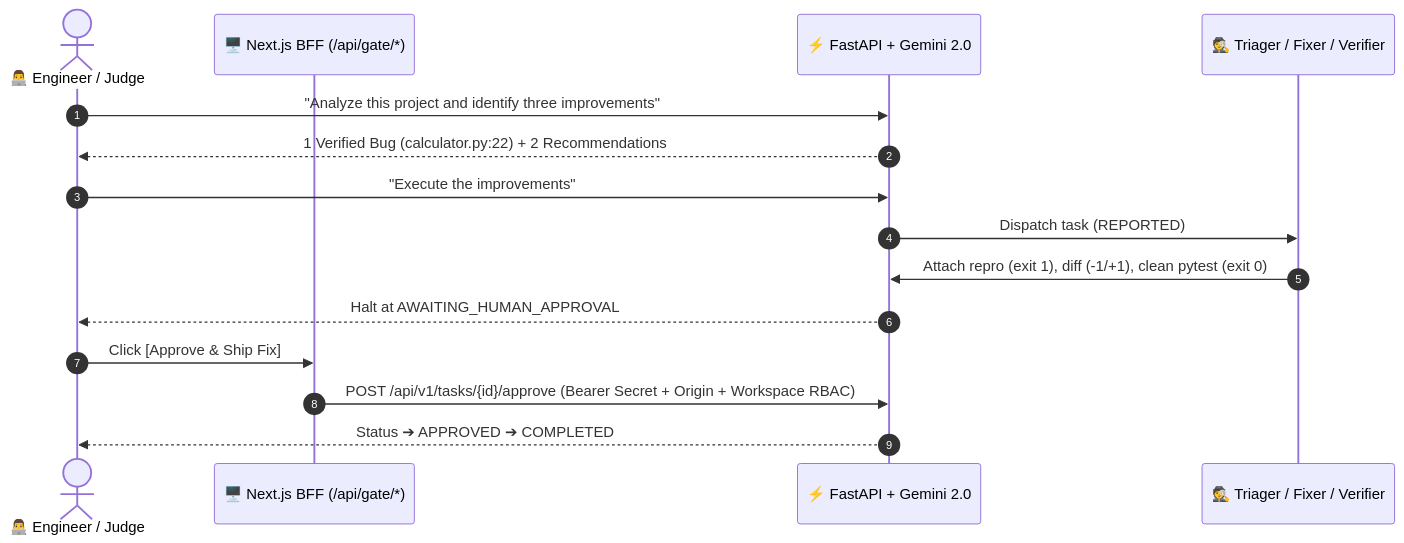
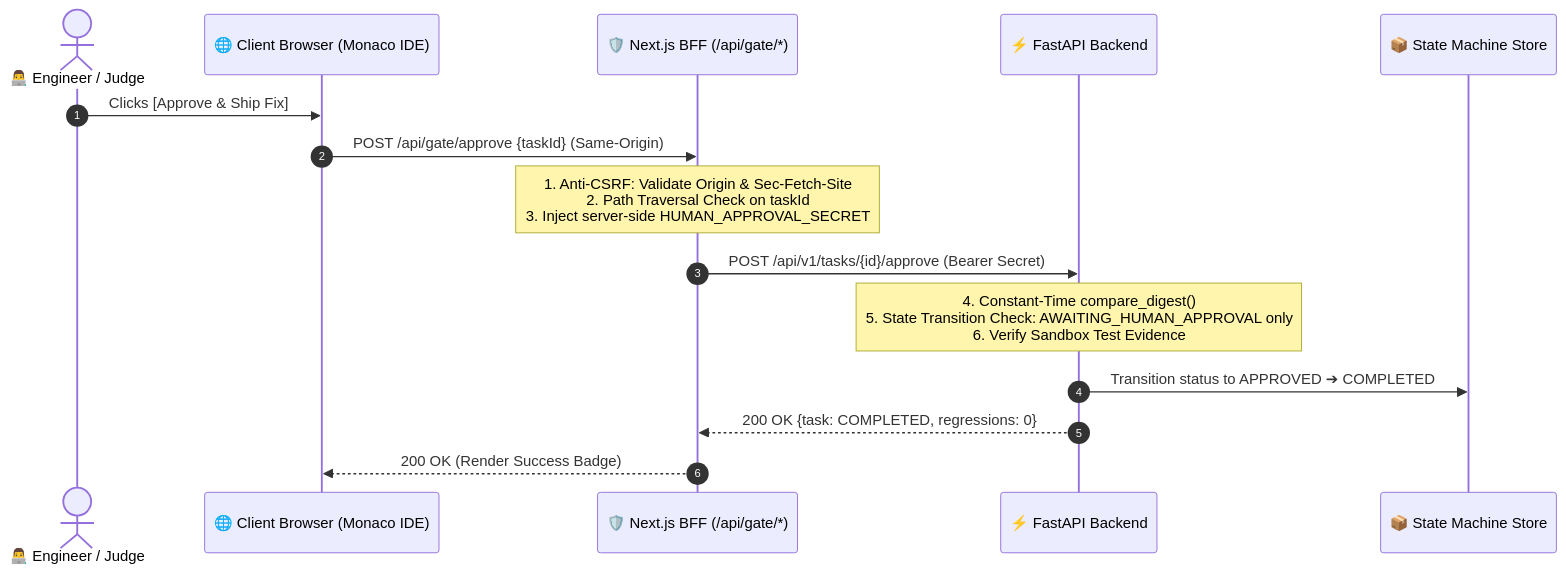
Before and after one commit to prathamxeth/ShipDev: the third of 3 diagrams in README.md, drawn with Mermaid. The commit also changed other lines of this file and 7 other files, not shown here.

````diff
--- a/README.md
+++ b/README.md
@@ -142,18 +198,18 @@
 ```mermaid
 sequenceDiagram
     autonumber
     actor Engineer as 👨‍💻 Engineer / Judge
-    participant Frontend as 🖥️ Next.js BFF (/api/gate/*)
-    participant Backend as ⚡ FastAPI + Gemini 2.0
-    participant Switch as 🕵️ Triager / Fixer / Verifier
+    participant Browser as 🌐 Client Browser (Monaco IDE)
+    participant NextBFF as 🛡️ Next.js BFF (/api/gate/*)
+    participant FastAPI as ⚡ FastAPI Backend
+    participant SQLite as 📦 State Machine Store
 
-    Engineer->>Backend: "Analyze this project and identify three improvements"
-    Backend-->>Engineer: 1 Verified Bug (calculator.py:22) + 2 Recommendations
-    Engineer->>Backend: "Execute the improvements"
-    Backend->>Switch: Dispatch task (REPORTED)
-    Switch->>Backend: Attach repro (exit 1), diff (-1/+1), clean pytest (exit 0)
-    Backend-->>Engineer: Halt at AWAITING_HUMAN_APPROVAL
-    Engineer->>Frontend: Click [Approve & Ship Fix]
-    Frontend->>Backend: POST /api/v1/tasks/{id}/approve (Bearer Secret + Origin + Workspace RBAC)
-    Backend-->>Engineer: Status ➔ APPROVED ➔ COMPLETED
+    Engineer->>Browser: Clicks [Approve & Ship Fix]
+    Browser->>NextBFF: POST /api/gate/approve {taskId} (Same-Origin)
+    Note over NextBFF: 1. Anti-CSRF: Validate Origin & Sec-Fetch-Site<br/>2. Path Traversal Check on taskId<br/>3. Inject server-side HUMAN_APPROVAL_SECRET
+    NextBFF->>FastAPI: POST /api/v1/tasks/{id}/approve (Bearer Secret)
+    Note over FastAPI: 4. Constant-Time compare_digest()<br/>5. State Transition Check: AWAITING_HUMAN_APPROVAL only<br/>6. Verify Sandbox Test Evidence
+    FastAPI->>SQLite: Transition status to APPROVED ➔ COMPLETED
+    FastAPI-->>NextBFF: 200 OK {task: COMPLETED, regressions: 0}
+    NextBFF-->>Browser: 200 OK (Render Success Badge)
 ```
````
